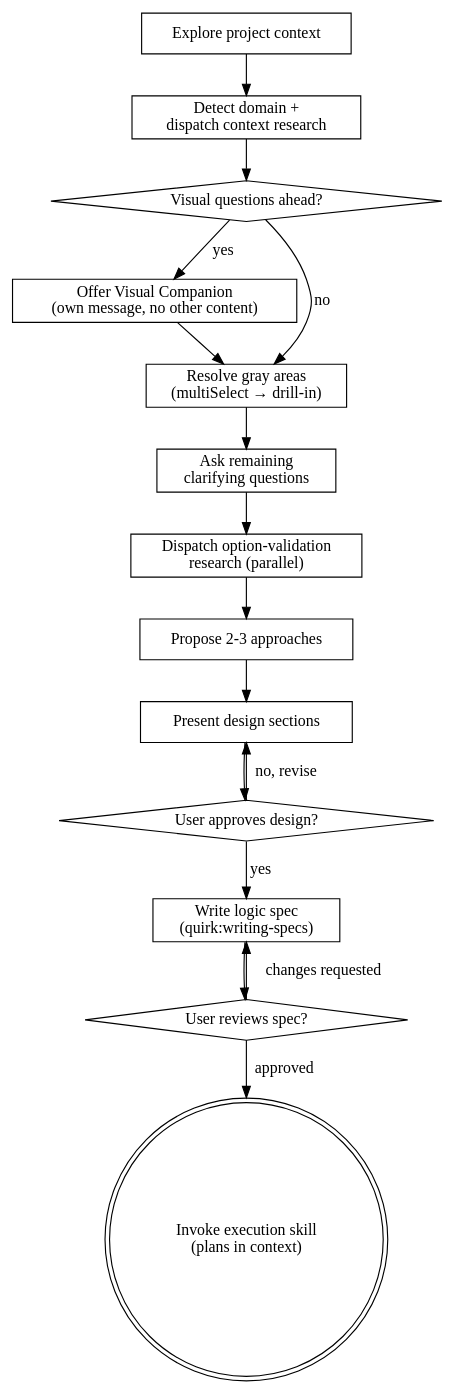
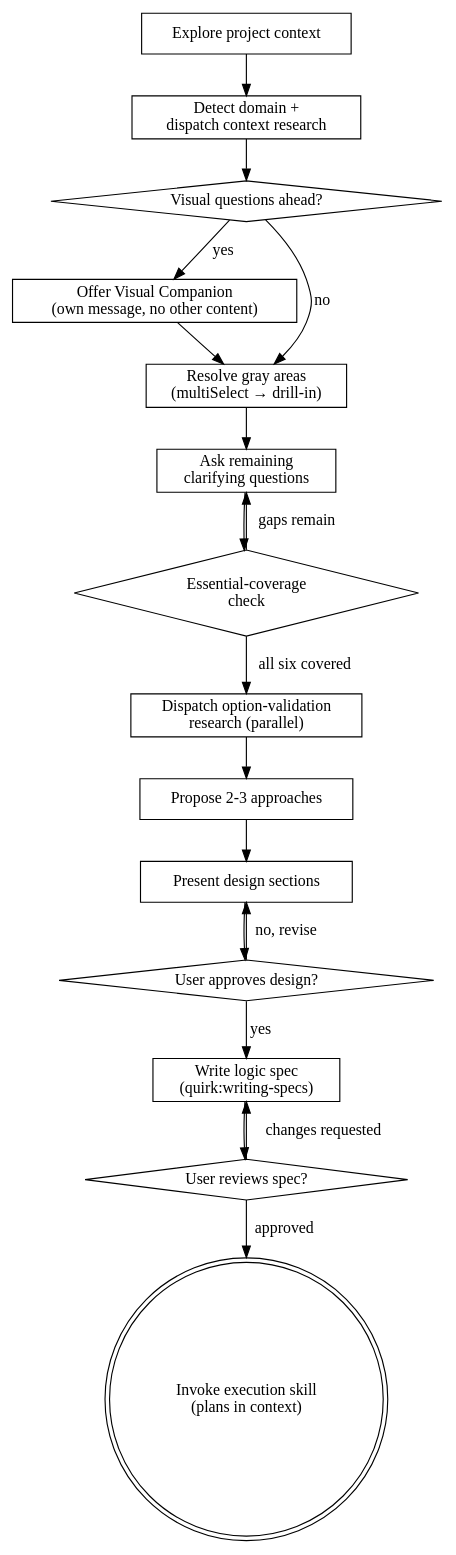
One commit to zpyoung/quirk changed the diagram in skills/brainstorming/SKILL.md. Above: the diagram before and after it, drawn with Graphviz. The commit also changed other lines of this file and 6 other files, not shown here.

````diff
--- a/skills/brainstorming/SKILL.md
+++ b/skills/brainstorming/SKILL.md
@@ -38,33 +39,36 @@
 ```dot
 digraph brainstorming {
     "Explore project context" [shape=box];
     "Detect domain +\ndispatch context research" [shape=box];
     "Visual questions ahead?" [shape=diamond];
     "Offer Visual Companion\n(own message, no other content)" [shape=box];
     "Resolve gray areas\n(multiSelect → drill-in)" [shape=box];
     "Ask remaining\nclarifying questions" [shape=box];
+    "Essential-coverage\ncheck" [shape=diamond];
     "Dispatch option-validation\nresearch (parallel)" [shape=box];
     "Propose 2-3 approaches" [shape=box];
     "Present design sections" [shape=box];
     "User approves design?" [shape=diamond];
     "Write logic spec\n(quirk:writing-specs)" [shape=box];
     "User reviews spec?" [shape=diamond];
     "Invoke execution skill\n(plans in context)" [shape=doublecircle];
 
     "Explore project context" -> "Detect domain +\ndispatch context research";
     "Detect domain +\ndispatch context research" -> "Visual questions ahead?";
     "Visual questions ahead?" -> "Offer Visual Companion\n(own message, no other content)" [label="yes"];
     "Visual questions ahead?" -> "Resolve gray areas\n(multiSelect → drill-in)" [label="no"];
     "Offer Visual Companion\n(own message, no other content)" -> "Resolve gray areas\n(multiSelect → drill-in)";
     "Resolve gray areas\n(multiSelect → drill-in)" -> "Ask remaining\nclarifying questions";
-    "Ask remaining\nclarifying questions" -> "Dispatch option-validation\nresearch (parallel)";
+    "Ask remaining\nclarifying questions" -> "Essential-coverage\ncheck";
+    "Essential-coverage\ncheck" -> "Ask remaining\nclarifying questions" [label="gaps remain"];
+    "Essential-coverage\ncheck" -> "Dispatch option-validation\nresearch (parallel)" [label="all six covered"];
     "Dispatch option-validation\nresearch (parallel)" -> "Propose 2-3 approaches";
     "Propose 2-3 approaches" -> "Present design sections";
     "Present design sections" -> "User approves design?";
     "User approves design?" -> "Present design sections" [label="no, revise"];
     "User approves design?" -> "Write logic spec\n(quirk:writing-specs)" [label="yes"];
     "Write logic spec\n(quirk:writing-specs)" -> "User reviews spec?";
     "User reviews spec?" -> "Write logic spec\n(quirk:writing-specs)" [label="changes requested"];
     "User reviews spec?" -> "Invoke execution skill\n(plans in context)" [label="approved"];
 }
 ```
````
